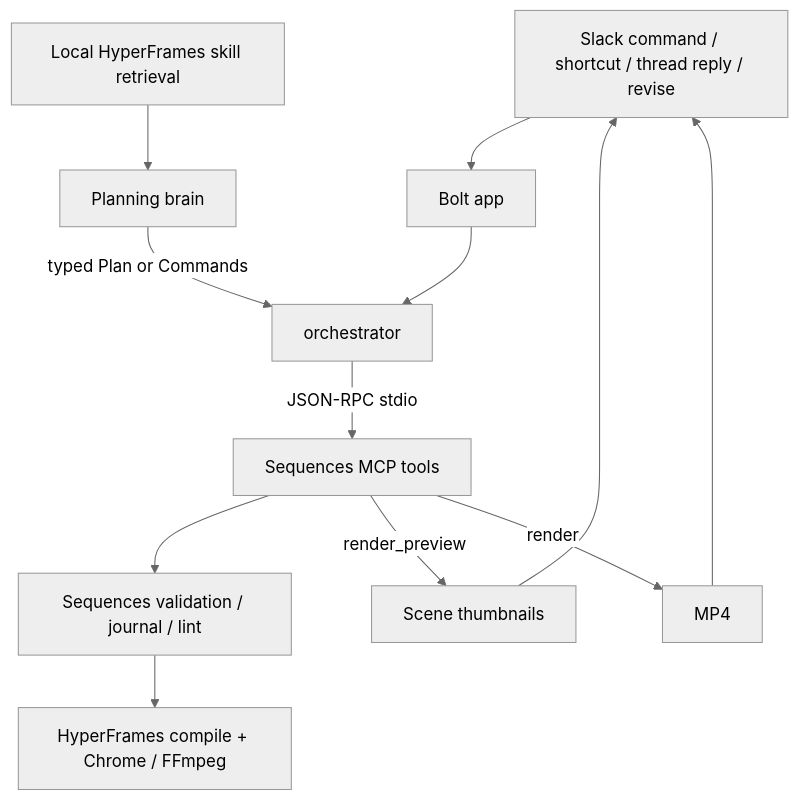
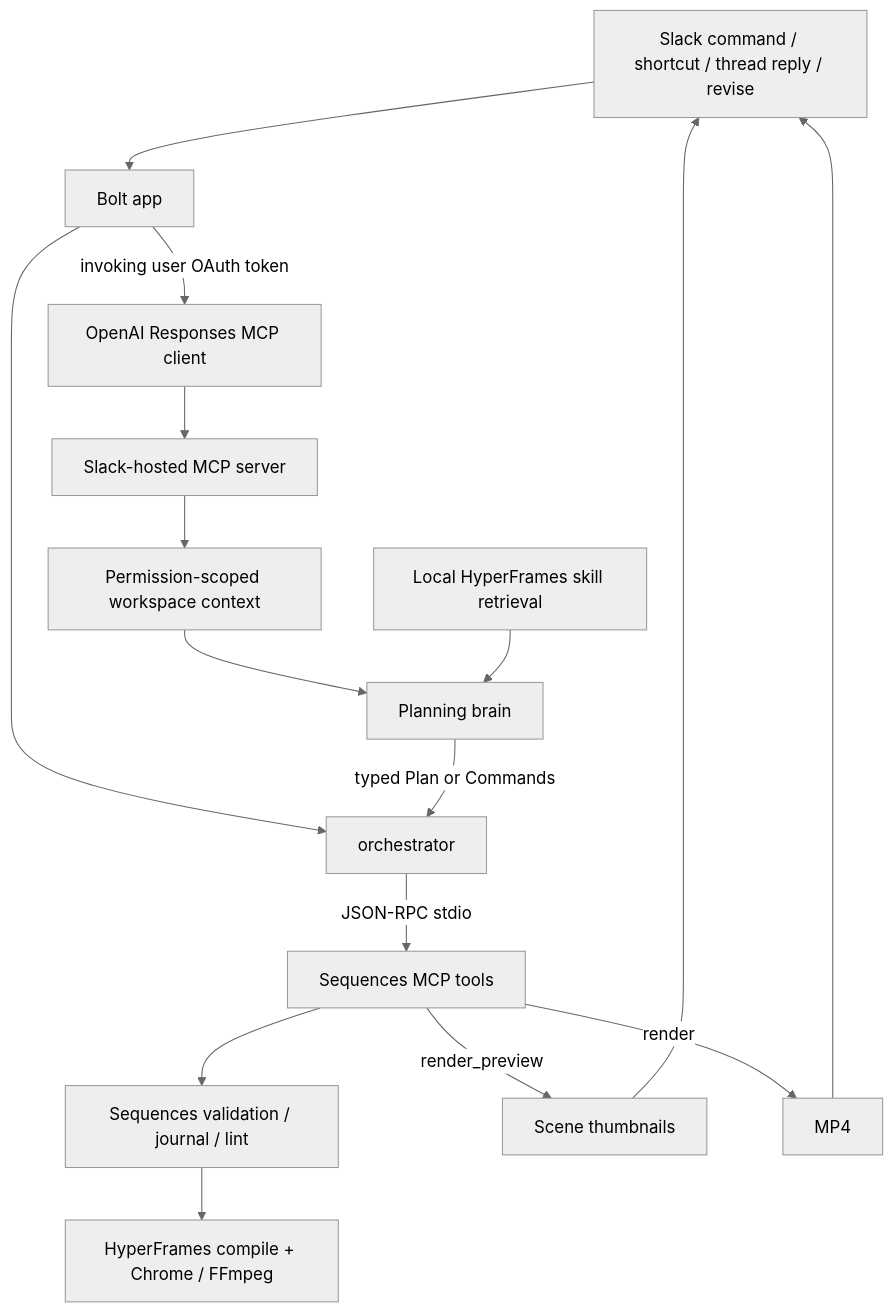
One commit to vladimirhegai/Sequences changed the diagram in apps/slack/SLACK_PLAN.md. Above: the diagram before and after it, drawn with Mermaid (neutral theme). The commit also changed other lines of this file and 10 other files, not shown here.

````diff
--- a/apps/slack/SLACK_PLAN.md
+++ b/apps/slack/SLACK_PLAN.md
@@ -103,14 +103,18 @@
 ```mermaid
 flowchart TD
   S[Slack command / shortcut / thread reply / revise] --> B[Bolt app]
+  B -->|invoking user OAuth token| OC[OpenAI Responses MCP client]
+  OC --> SM[Slack-hosted MCP server]
+  SM --> WC[Permission-scoped workspace context]
+  WC --> P
   B --> O[orchestrator]
   K[Local HyperFrames skill retrieval] --> P[Planning brain]
   P -->|typed Plan or Commands| O
   O -->|JSON-RPC stdio| M[Sequences MCP tools]
   M --> C[Sequences validation / journal / lint]
   C --> H[HyperFrames compile + Chrome / FFmpeg]
   M -->|render_preview| T[Scene thumbnails]
   M -->|render| V[MP4]
   T --> S
   V --> S
 ```
````
